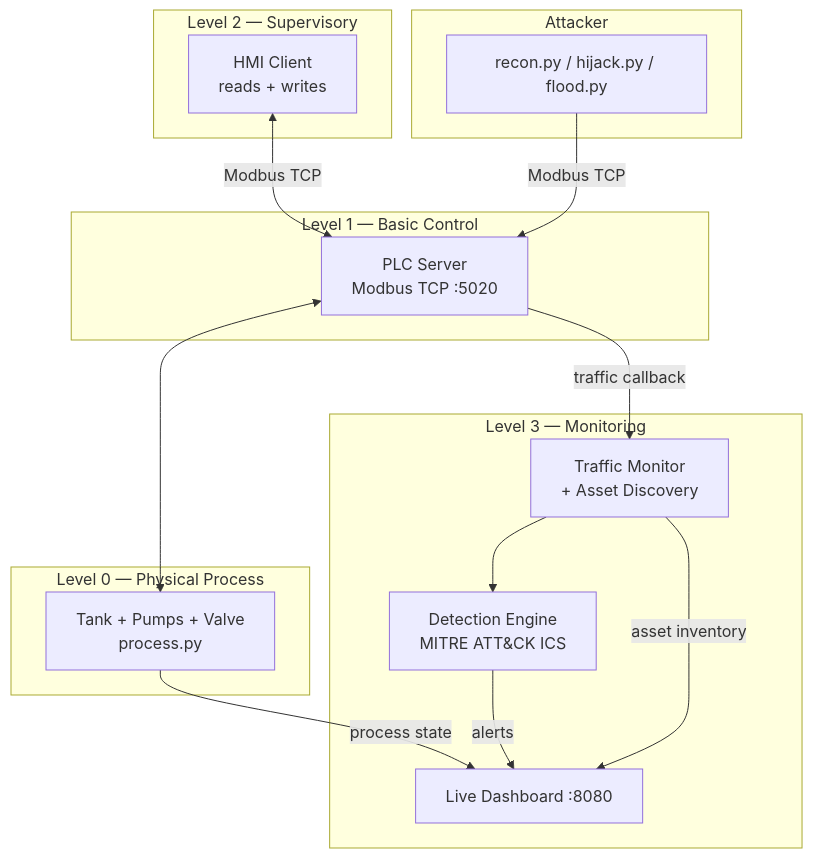
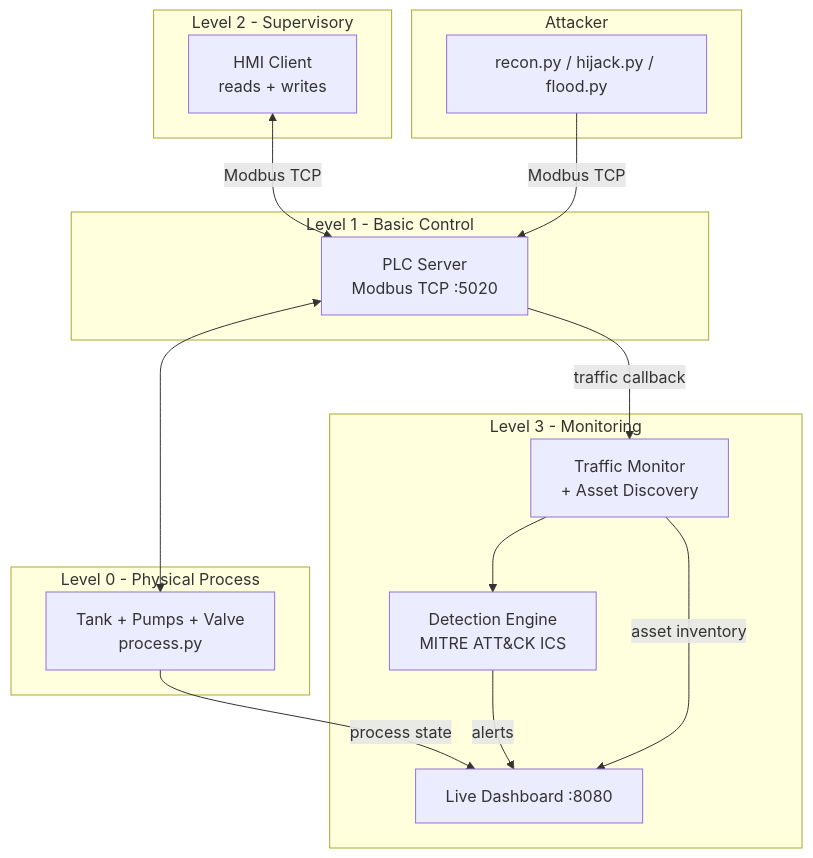
One commit to PrimelPJ/forge changed the diagram in README.md. Above: the diagram before and after it, drawn with Mermaid. The commit also changed other lines of this file and 3 other files, not shown here.

````diff
--- a/README.md
+++ b/README.md
@@ -30,29 +30,29 @@
 ```mermaid
 flowchart TB
-    subgraph "Level 0 — Physical Process"
+    subgraph "Level 0 - Physical Process"
         TANK[Tank + Pumps + Valve<br/>process.py]
     end
-    subgraph "Level 1 — Basic Control"
+    subgraph "Level 1 - Basic Control"
         PLC[PLC Server<br/>Modbus TCP :5020]
     end
-    subgraph "Level 2 — Supervisory"
+    subgraph "Level 2 - Supervisory"
         HMI[HMI Client<br/>reads + writes]
     end
-    subgraph "Level 3 — Monitoring"
+    subgraph "Level 3 - Monitoring"
         MON[Traffic Monitor<br/>+ Asset Discovery]
         DET[Detection Engine<br/>MITRE ATT&CK ICS]
         DASH[Live Dashboard :8080]
     end
     subgraph "Attacker"
         ATK[recon.py / hijack.py / flood.py]
     end
 
     PLC <--> TANK
     HMI <-->|Modbus TCP| PLC
     ATK -->|Modbus TCP| PLC
     PLC -->|traffic callback| MON
     MON --> DET
     DET -->|alerts| DASH
     TANK -->|process state| DASH
     MON -->|asset inventory| DASH
 ```
````
